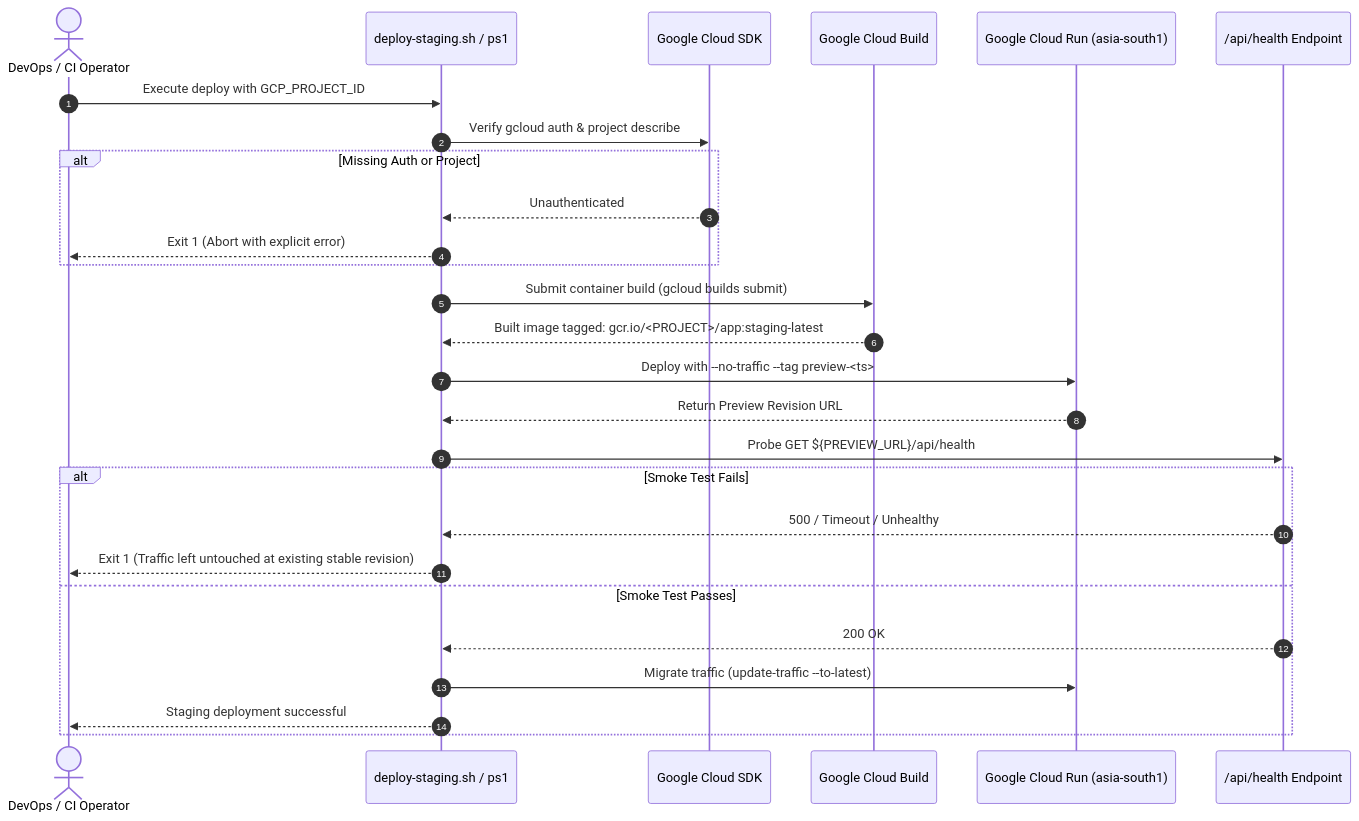
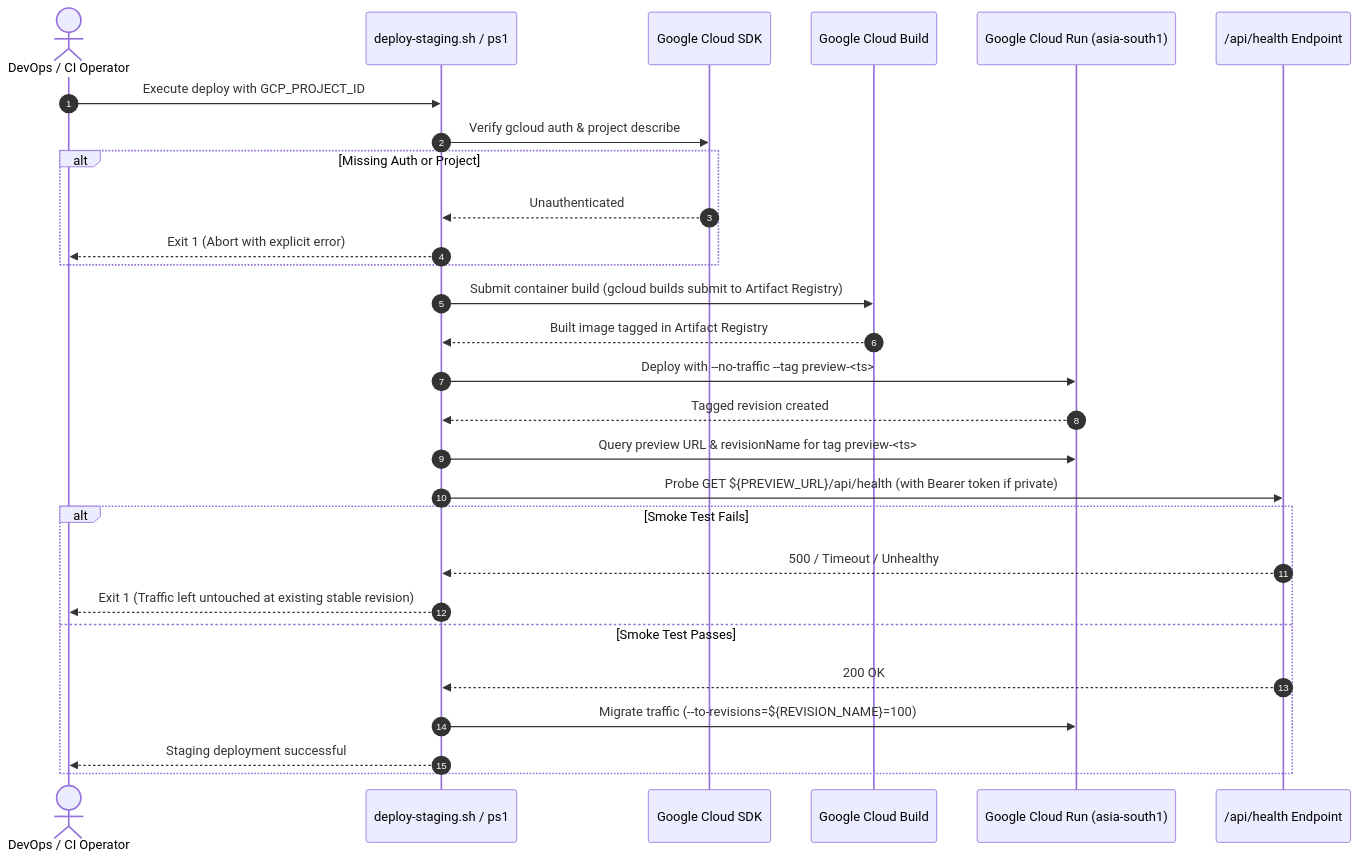
The diagram in docs/CLOUD_DEPLOY.md (Aarathi1535/assignment_evaluation-IIIT-Hyd), drawn with Mermaid before and after one commit. The commit also changed other lines of this file and 4 other files, not shown here.

Commit message:
fix(deploy): use Artifact Registry, tag-filtered preview URL, exact revision cutover, and omit reserved PORT (AE-231)

````diff
--- a/docs/CLOUD_DEPLOY.md
+++ b/docs/CLOUD_DEPLOY.md
@@ -26,30 +27,31 @@
 ```mermaid
 sequenceDiagram
     autonumber
     actor Engineer as DevOps / CI Operator
     participant Script as deploy-staging.sh / ps1
     participant GCloud as Google Cloud SDK
     participant CloudBuild as Google Cloud Build
     participant CloudRun as Google Cloud Run (asia-south1)
     participant Health as /api/health Endpoint
 
     Engineer->>Script: Execute deploy with GCP_PROJECT_ID
     Script->>GCloud: Verify gcloud auth & project describe
     alt Missing Auth or Project
         GCloud-->>Script: Unauthenticated
         Script-->>Engineer: Exit 1 (Abort with explicit error)
     end
-    Script->>CloudBuild: Submit container build (gcloud builds submit)
-    CloudBuild-->>Script: Built image tagged: gcr.io/<PROJECT>/app:staging-latest
+    Script->>CloudBuild: Submit container build (gcloud builds submit to Artifact Registry)
+    CloudBuild-->>Script: Built image tagged in Artifact Registry
     Script->>CloudRun: Deploy with --no-traffic --tag preview-<ts>
-    CloudRun-->>Script: Return Preview Revision URL
-    Script->>Health: Probe GET ${PREVIEW_URL}/api/health
+    CloudRun-->>Script: Tagged revision created
+    Script->>CloudRun: Query preview URL & revisionName for tag preview-<ts>
+    Script->>Health: Probe GET ${PREVIEW_URL}/api/health (with Bearer token if private)
     alt Smoke Test Fails
         Health-->>Script: 500 / Timeout / Unhealthy
         Script-->>Engineer: Exit 1 (Traffic left untouched at existing stable revision)
     else Smoke Test Passes
         Health-->>Script: 200 OK
-        Script->>CloudRun: Migrate traffic (update-traffic --to-latest)
+        Script->>CloudRun: Migrate traffic (--to-revisions=${REVISION_NAME}=100)
         Script-->>Engineer: Staging deployment successful
     end
 ```
````
